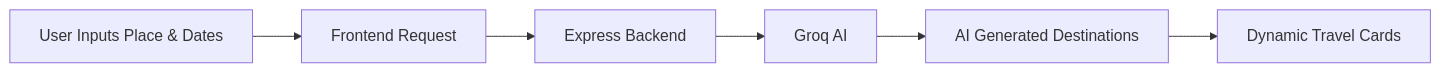
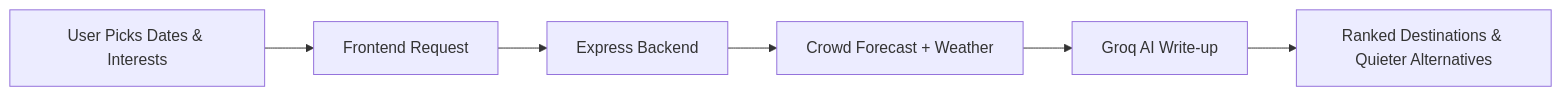
One commit to Amitrawal1/Travelloop changed the diagram in README.md. Above: the diagram before and after it, drawn with Mermaid. The commit also changed other lines of this file, not shown here.

````diff
--- a/README.md
+++ b/README.md
@@ -184,10 +232,10 @@
 ```mermaid
 flowchart LR
 
-A[User Inputs Place & Dates]
+A[User Picks Dates & Interests]
 --> B[Frontend Request]
 --> C[Express Backend]
---> D[Groq AI]
---> E[AI Generated Destinations]
---> F[Dynamic Travel Cards]
+--> D[Crowd Forecast + Weather]
+--> E[Groq AI Write-up]
+--> F[Ranked Destinations & Quieter Alternatives]
 ```
````
